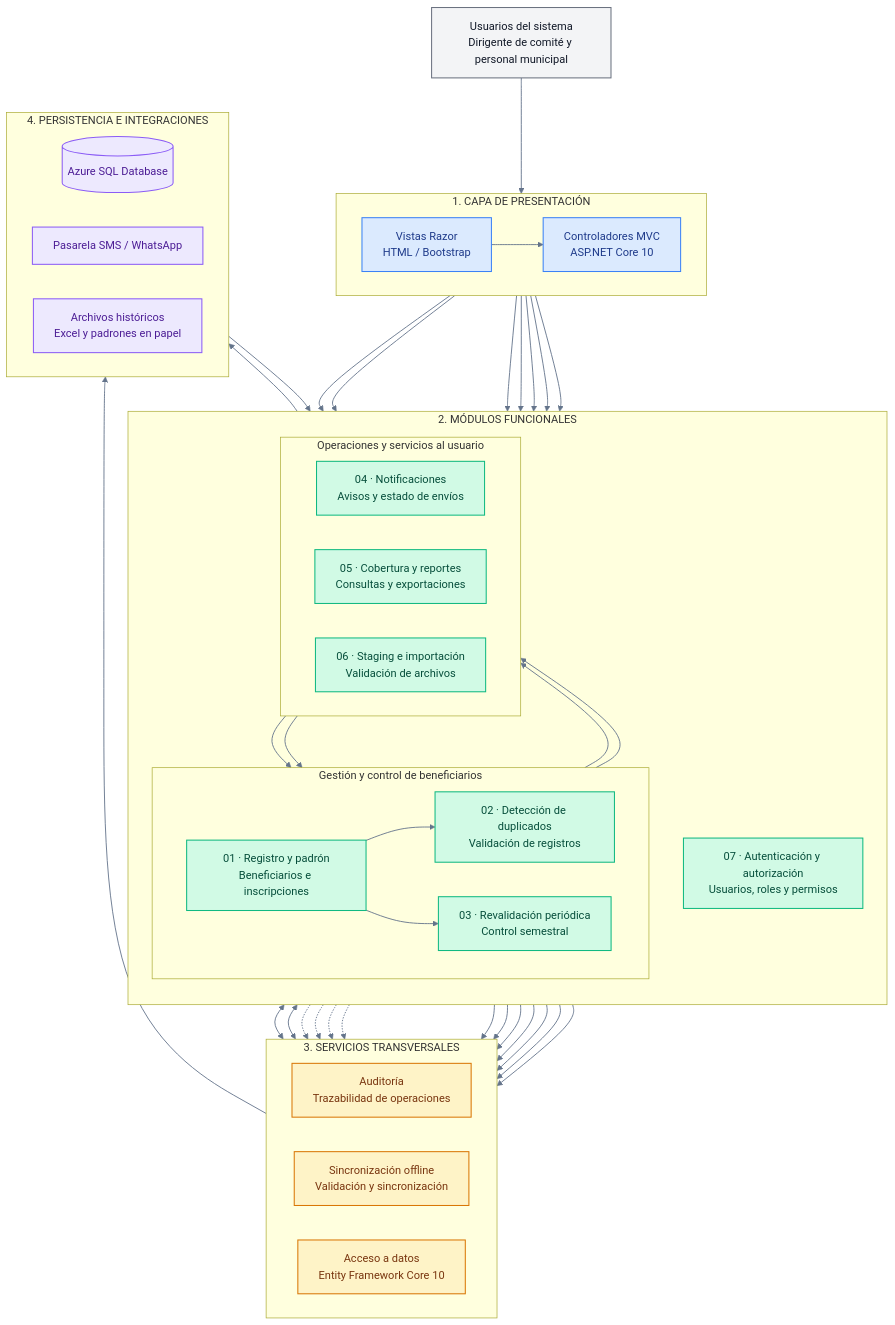
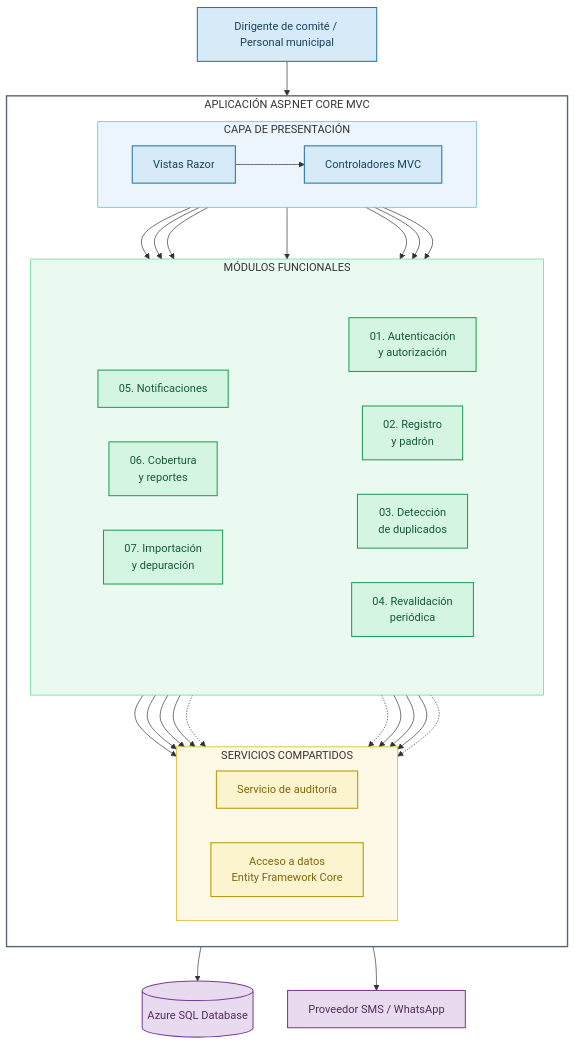
Before and after one commit to Yey-Cardenas/Programas-Sociales: the diagram in arquitectura/C4/C3-componentes.md, drawn with Mermaid. The commit also changed other lines of this file, not shown here.

Commit message:
Mejora diagrama C4

````diff
--- a/arquitectura/C4/C3-componentes.md
+++ b/arquitectura/C4/C3-componentes.md
@@ -8,107 +4,86 @@
 ```mermaid
 flowchart TB
+    usuario["Dirigente de comité / Personal municipal"]
 
-    %% USUARIOS
-    U["Usuarios del sistema<br/>Dirigente de comité y personal municipal"]
+    subgraph aplicacion["APLICACIÓN ASP.NET CORE MVC"]
+        direction TB
 
-    %% PRESENTACION
-    subgraph PRESENTACION["1. CAPA DE PRESENTACIÓN"]
-        direction LR
-        V["Vistas Razor<br/>HTML / Bootstrap"]
-        C["Controladores MVC<br/>ASP.NET Core 10"]
-        V --> C
+        subgraph presentacion["CAPA DE PRESENTACIÓN"]
+            direction LR
+            vistas["Vistas Razor"]
+            controladores["Controladores MVC"]
+            vistas --> controladores
+        end
+
+        subgraph funcional["MÓDULOS FUNCIONALES"]
+            direction TB
+
+            subgraph fila1[" "]
+                direction LR
+                m1["01. Autenticación<br/>y autorización"]
+                m2["02. Registro<br/>y padrón"]
+                m3["03. Detección<br/>de duplicados"]
+                m4["04. Revalidación<br/>periódica"]
+            end
+
+            subgraph fila2[" "]
+                direction LR
+                m5["05. Notificaciones"]
+                m6["06. Cobertura<br/>y reportes"]
+                m7["07. Importación<br/>y depuración"]
+            end
+        end
+
+        subgraph soporte["SERVICIOS COMPARTIDOS"]
+            direction LR
+            auditoria["Servicio de auditoría"]
+            datos["Acceso a datos<br/>Entity Framework Core"]
+        end
+
+        controladores --> m1
+        controladores --> m2
+        controladores --> m3
+        controladores --> m4
+        controladores --> m5
+        controladores --> m6
+        controladores --> m7
+
+        m1 --> datos
+        m2 --> datos
+        m3 --> datos
+        m4 --> datos
+        m5 --> datos
+        m6 --> datos
+        m7 --> datos
+
+        m2 -.-> auditoria
+        m4 -.-> auditoria
+        m7 -.-> auditoria
     end
 
-    %% MODULOS FUNCIONALES
-    subgraph MODULOS["2. MÓDULOS FUNCIONALES"]
-        direction TB
+    bd[("Azure SQL Database")]
+    proveedor["Proveedor SMS / WhatsApp"]
 
-        subgraph FILA1["Gestión y control de beneficiarios"]
-            direction LR
-            M1["01 · Registro y padrón<br/>Beneficiarios e inscripciones"]
-            M2["02 · Detección de duplicados<br/>Validación de registros"]
-            M3["03 · Revalidación periódica<br/>Control semestral"]
-        end
+    usuario --> vistas
+    datos --> bd
+    m5 --> proveedor
 
-        subgraph FILA2["Operaciones y servicios al usuario"]
-            direction LR
-            M4["04 · Notificaciones<br/>Avisos y estado de envíos"]
-            M5["05 · Cobertura y reportes<br/>Consultas y exportaciones"]
-            M6["06 · Staging e importación<br/>Validación de archivos"]
-        end
+    classDef actor fill:#D6EAF8,stroke:#2874A6,color:#154360,stroke-width:1.5px
+    classDef presentacion fill:#D6EAF8,stroke:#2874A6,color:#154360,stroke-width:1.5px
+    classDef modulo fill:#D5F5E3,stroke:#239B56,color:#145A32,stroke-width:1.5px
+    classDef soporte fill:#FCF3CF,stroke:#B7950B,color:#7D6608,stroke-width:1.5px
+    classDef externo fill:#E8DAEF,stroke:#7D3C98,color:#512E5F,stroke-width:1.5px
 
-        M7["07 · Autenticación y autorización<br/>Usuarios, roles y permisos"]
-    end
+    class usuario actor
+    class vistas,controladores presentacion
+    class m1,m2,m3,m4,m5,m6,m7 modulo
+    class auditoria,datos soporte
+    class bd,proveedor externo
 
-    %% SERVICIOS TRANSVERSALES
-    subgraph SERVICIOS["3. SERVICIOS TRANSVERSALES"]
-        direction LR
-        AUD["Auditoría<br/>Trazabilidad de operaciones"]
-        OFF["Sincronización offline<br/>Validación y sincronización"]
-        DAT["Acceso a datos<br/>Entity Framework Core 10"]
-    end
-
-    %% SISTEMAS EXTERNOS
-    subgraph EXTERNOS["4. PERSISTENCIA E INTEGRACIONES"]
-        direction LR
-        DB[("Azure SQL Database")]
-        GW["Pasarela SMS / WhatsApp"]
-        EX["Archivos históricos<br/>Excel y padrones en papel"]
-    end
-
-    %% FLUJO PRINCIPAL
-    U --> V
-    C --> M1
-    C --> M2
-    C --> M3
-    C --> M4
-    C --> M5
-    C --> M6
-    C --> M7
-
-    %% RELACIONES FUNCIONALES
-    M1 --> M2
-    M1 --> M3
-    M1 --> M5
-    M6 --> M1
-    M6 --> M2
-    M3 --> M4
-
-    %% SERVICIOS COMPARTIDOS
-    M1 --> DAT
-    M2 --> DAT
-    M3 --> DAT
-    M4 --> DAT
-    M5 --> DAT
-    M6 --> DAT
-    M7 --> DAT
-
-    M1 -.-> AUD
-    M2 -.-> AUD
-    M3 -.-> AUD
-    M6 -.-> AUD
-
-    OFF <--> M1
-    OFF <--> M6
-
-    %% INTEGRACIONES EXTERNAS
-    DAT --> DB
-    M4 --> GW
-    EX --> M6
-
-    %% ESTILOS
-    classDef usuario fill:#F3F4F6,stroke:#6B7280,color:#111827,stroke-width:1.5px
-    classDef presentacion fill:#DBEAFE,stroke:#3B82F6,color:#1E3A8A,stroke-width:1.5px
-    classDef modulo fill:#D1FAE5,stroke:#10B981,color:#064E3B,stroke-width:1.5px
-    classDef transversal fill:#FEF3C7,stroke:#D97706,color:#78350F,stroke-width:1.5px
-    classDef externo fill:#EDE9FE,stroke:#8B5CF6,color:#4C1D95,stroke-width:1.5px
-
-    class U usuario
-    class V,C presentacion
-    class M1,M2,M3,M4,M5,M6,M7 modulo
-    class AUD,OFF,DAT transversal
-    class DB,GW,EX externo
-
-    %% ESTILO DE CONEXIONES
-    linkStyle default stroke:#64748B,stroke-width:1.3px
+    style aplicacion fill:#FFFFFF,stroke:#566573,stroke-width:2px
+    style presentacion fill:#EBF5FB,stroke:#5DADE2,stroke-width:1px
+    style funcional fill:#EAFAF1,stroke:#58D68D,stroke-width:1px
+    style soporte fill:#FEF9E7,stroke:#D4AC0D,stroke-width:1px
+    style fila1 fill:transparent,stroke:transparent
+    style fila2 fill:transparent,stroke:transparent
 ```
````
